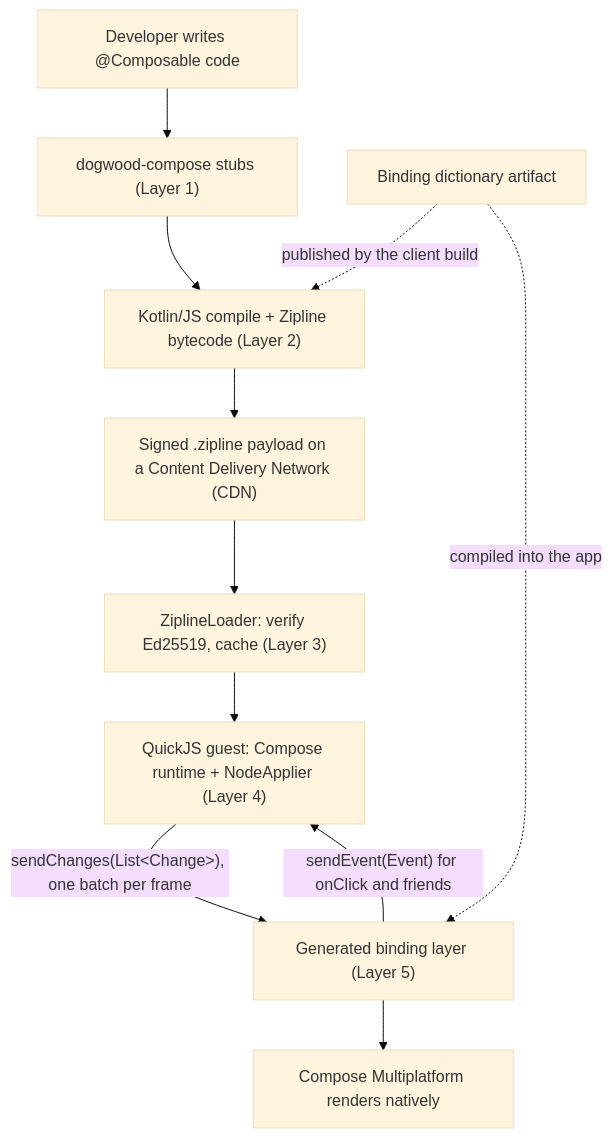
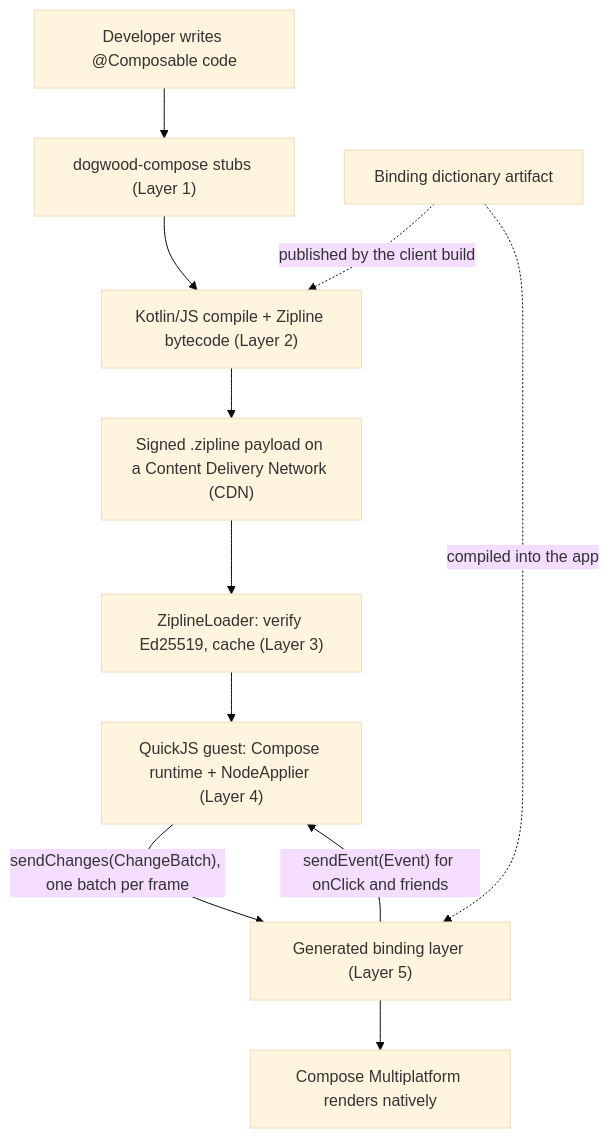
One commit to teegarcs/dogwood changed the second of 3 diagrams in high-level-tech-spec-final.md. Above: the diagram before and after it, drawn with Mermaid (base theme). The commit also changed other lines of this file and 18 other files, not shown here.

````diff
--- a/high-level-tech-spec-final.md
+++ b/high-level-tech-spec-final.md
@@ -112,13 +115,13 @@
 ```mermaid
 flowchart TD
     Dev["Developer writes @Composable code"] --> Stubs["dogwood-compose stubs (Layer 1)"]
     Stubs --> Build["Kotlin/JS compile + Zipline bytecode (Layer 2)"]
     Build --> CDN["Signed .zipline payload on a Content Delivery Network (CDN)"]
     CDN --> Loader["ZiplineLoader: verify Ed25519, cache (Layer 3)"]
     Loader --> Guest["QuickJS guest: Compose runtime + NodeApplier (Layer 4)"]
-    Guest -- "sendChanges(List&lt;Change&gt;), one batch per frame" --> Host["Generated binding layer (Layer 5)"]
+    Guest -- "sendChanges(ChangeBatch), one batch per frame" --> Host["Generated binding layer (Layer 5)"]
     Host --> CMP["Compose Multiplatform renders natively"]
     Host -- "sendEvent(Event) for onClick and friends" --> Guest
     Dict["Binding dictionary artifact"] -.->|"published by the client build"| Build
     Dict -.->|"compiled into the app"| Host
 ```
````
